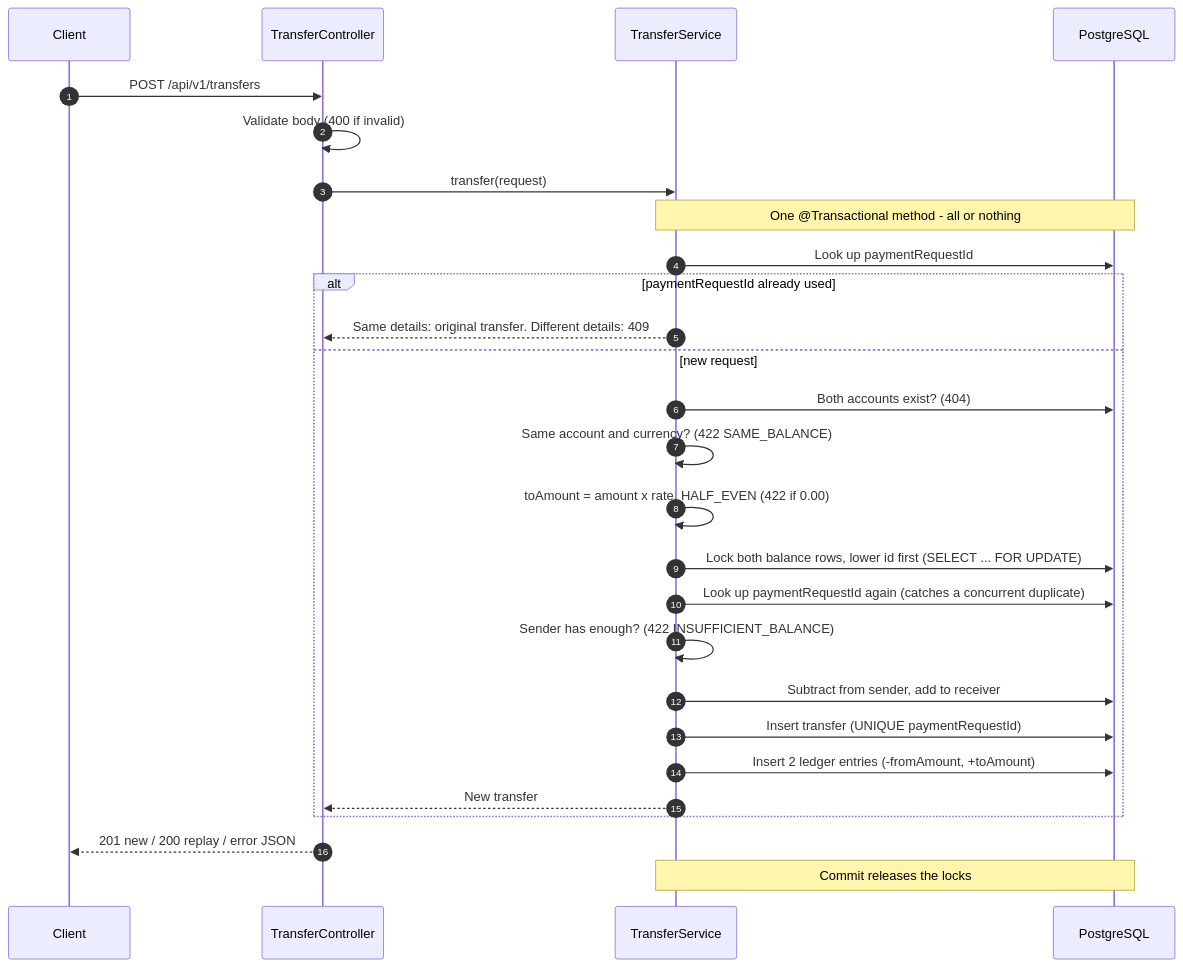
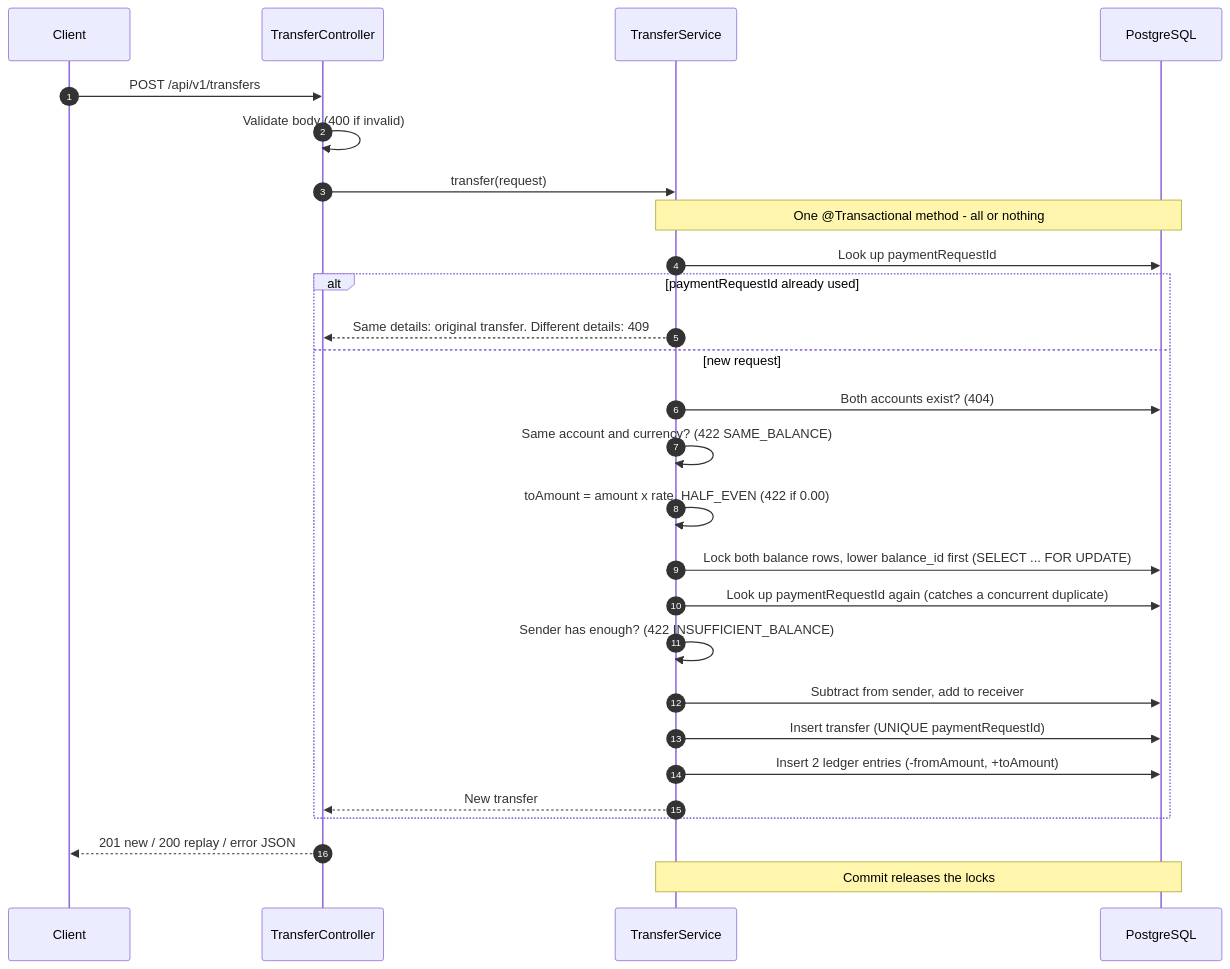
Before and after one commit to JianRong-King/JustPay-API: the second of 3 diagrams in README.md, drawn with Mermaid. The commit also changed other lines of this file, not shown here.

Commit message:
docs(readme): align text and diagrams with new primary key names

````diff
--- a/README.md
+++ b/README.md
@@ -133,30 +133,30 @@
 ```mermaid
 sequenceDiagram
     autonumber
     participant C as Client
     participant T as TransferController
     participant S as TransferService
     participant DB as PostgreSQL
 
     C->>T: POST /api/v1/transfers
     T->>T: Validate body (400 if invalid)
     T->>S: transfer(request)
     Note over S,DB: One @Transactional method - all or nothing
     S->>DB: Look up paymentRequestId
     alt paymentRequestId already used
         S-->>T: Same details: original transfer. Different details: 409
     else new request
         S->>DB: Both accounts exist? (404)
         S->>S: Same account and currency? (422 SAME_BALANCE)
         S->>S: toAmount = amount x rate, HALF_EVEN (422 if 0.00)
-        S->>DB: Lock both balance rows, lower id first (SELECT ... FOR UPDATE)
+        S->>DB: Lock both balance rows, lower balance_id first (SELECT ... FOR UPDATE)
         S->>DB: Look up paymentRequestId again (catches a concurrent duplicate)
         S->>S: Sender has enough? (422 INSUFFICIENT_BALANCE)
         S->>DB: Subtract from sender, add to receiver
         S->>DB: Insert transfer (UNIQUE paymentRequestId)
         S->>DB: Insert 2 ledger entries (-fromAmount, +toAmount)
         S-->>T: New transfer
     end
     T-->>C: 201 new / 200 replay / error JSON
     Note over S,DB: Commit releases the locks
 ```
````
